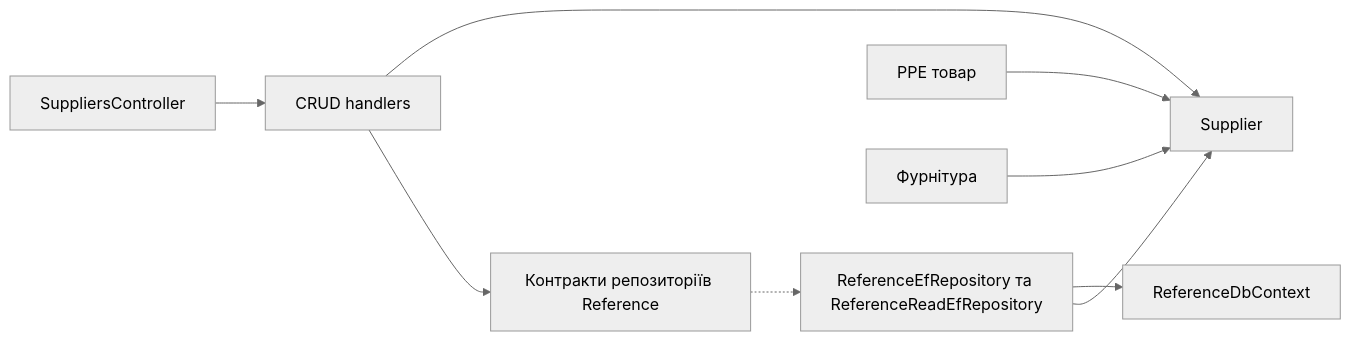
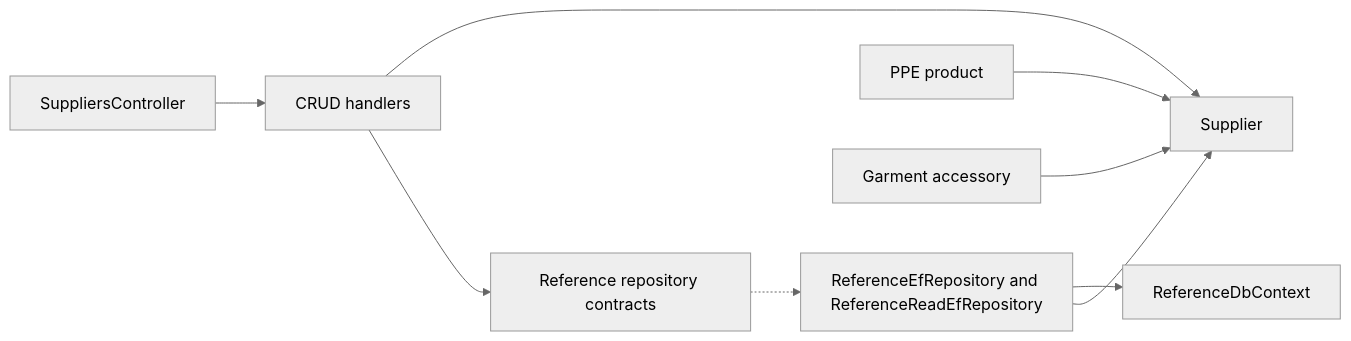
The diagram in docs/sdd/features/reference/suppliers.md (Weretik/BreviERP), drawn with Mermaid (neutral theme) before and after one commit. The commit also changed other lines of this file and 204 other files, not shown here.

````diff
--- a/docs/sdd/features/reference/suppliers.md
+++ b/docs/sdd/features/reference/suppliers.md
@@ -32,11 +32,11 @@
 ```mermaid
 flowchart LR
     A["SuppliersController"] --> B["CRUD handlers"]
     B --> C["Supplier"]
-    B --> D["Контракти репозиторіїв Reference"]
-    D -.-> E["ReferenceEfRepository та ReferenceReadEfRepository"]
+    B --> D["Reference repository contracts"]
+    D -.-> E["ReferenceEfRepository and ReferenceReadEfRepository"]
     E --> F["ReferenceDbContext"]
     E --> C
-    G["PPE товар"] --> C
-    H["Фурнітура"] --> C
+    G["PPE product"] --> C
+    H["Garment accessory"] --> C
 ```
````
